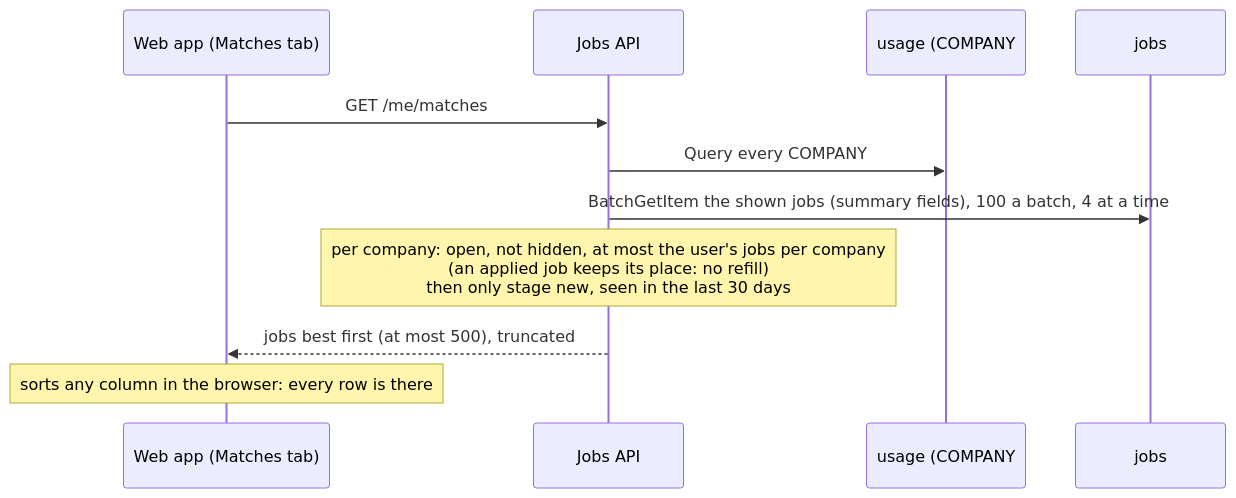
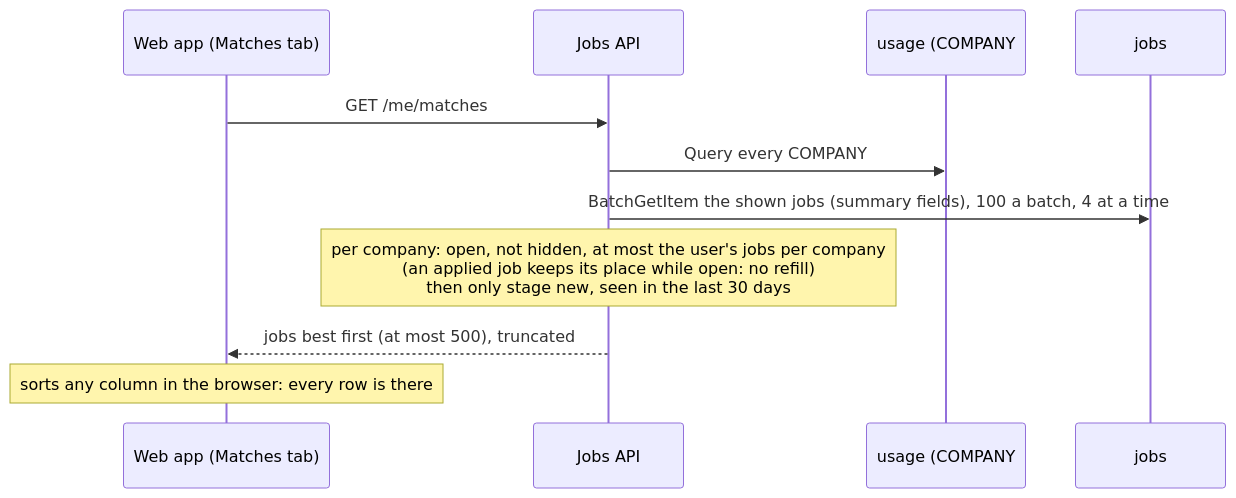
One commit to jobdeputy/jobdeputy changed the first of 3 diagrams in docs/flows/applications.md. Above: the diagram before and after it, drawn with Mermaid. The commit also changed other lines of this file and 9 other files, not shown here.

Commit message:
Review round 3: undo only from applied, no blind retry when a close fails, problem() takes extra members

````diff
--- a/docs/flows/applications.md
+++ b/docs/flows/applications.md
@@ -10,13 +10,13 @@
 ```mermaid
 sequenceDiagram
   participant Web as Web app (Matches tab)
   participant API as Jobs API
   participant U as usage (COMPANY#)
   participant J as jobs
   Web->>API: GET /me/matches
   API->>U: Query every COMPANY# item (shown jobs and their rank)
   API->>J: BatchGetItem the shown jobs (summary fields), 100 a batch, 4 at a time
-  Note over API: per company: open, not hidden, at most the user's jobs per company<br/>(an applied job keeps its place: no refill)<br/>then only stage new, seen in the last 30 days
+  Note over API: per company: open, not hidden, at most the user's jobs per company<br/>(an applied job keeps its place while open: no refill)<br/>then only stage new, seen in the last 30 days
   API-->>Web: jobs best first (at most 500), truncated
   Note over Web: sorts any column in the browser: every row is there
 ```
````
